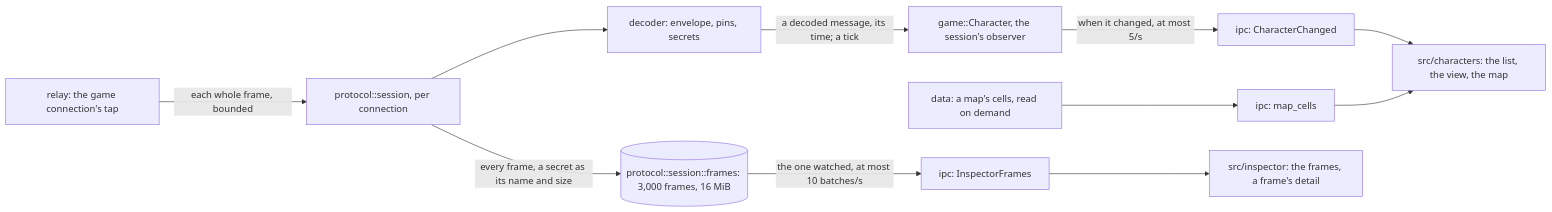
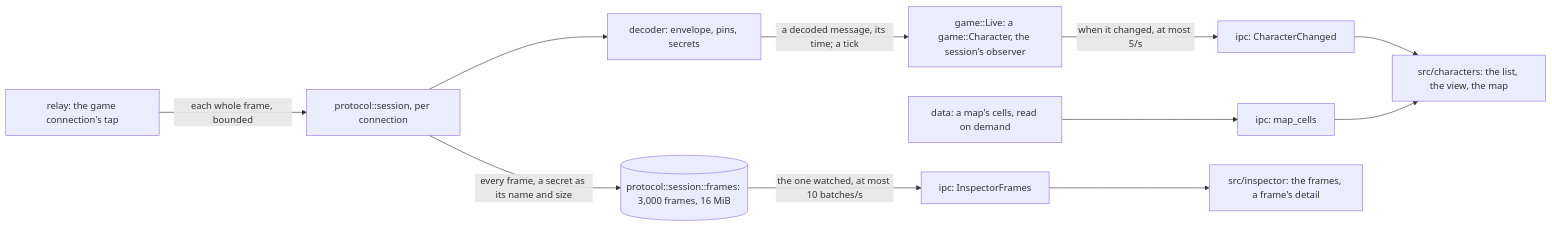
The diagram in docs/game.md (AerafalDev/D3B), drawn with Mermaid before and after one commit. The commit also changed other lines of this file and 3 other files, not shown here.

````diff
--- a/docs/game.md
+++ b/docs/game.md
@@ -7,13 +7,13 @@
 ```mermaid
 flowchart LR
     tap["relay: the game connection's tap"] -->|"each whole frame, bounded"| task["protocol::session, per connection"]
     task --> dec["decoder: envelope, pins, secrets"]
-    dec -->|"a decoded message, its time; a tick"| obs["game::Character, the session's observer"]
+    dec -->|"a decoded message, its time; a tick"| obs["game::Live: a game::Character, the session's observer"]
     task -->|"every frame, a secret as its name and size"| ring[("protocol::session::frames: 3,000 frames, 16 MiB")]
     obs -->|"when it changed, at most 5/s"| ev1["ipc: CharacterChanged"]
     ring -->|"the one watched, at most 10 batches/s"| ev2["ipc: InspectorFrames"]
     maps["data: a map's cells, read on demand"] --> cmd["ipc: map_cells"]
     ev1 --> view["src/characters: the list, the view, the map"]
     cmd --> view
     ev2 --> insp["src/inspector: the frames, a frame's detail"]
 ```
````
